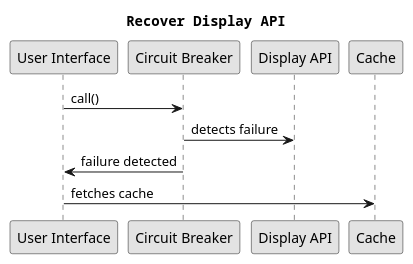
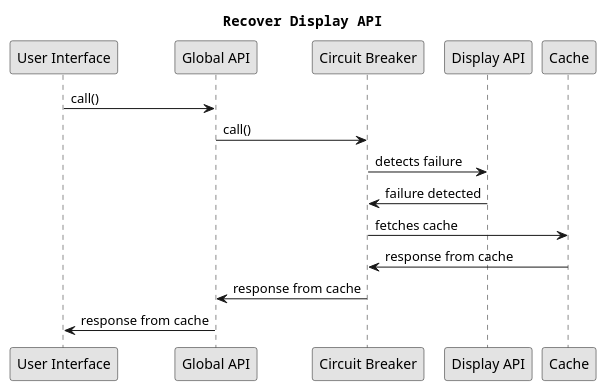
Diagram 28 of 28 in src/sa/model/index.md (USI-MSDE-SA-2023/sa--christelle00), drawn with PlantUML before and after one commit.

Commit message:
modify sequence diagramm

````diff
--- a/src/sa/model/index.md
+++ b/src/sa/model/index.md
@@ -1616,19 +1616,24 @@
 ```puml
 @startuml
 title Recover Display API
 
 participant "User Interface" as UI
+participant "Global API" as API
 participant "Circuit Breaker" as CB
 participant "Display API" as DAPI
 participant "Cache" as C
 
-UI -> CB: call()
+UI -> API: call()
+API -> CB: call()
 CB -> DAPI: detects failure
-CB -> UI: failure detected
-UI -> C: fetches cache
+DAPI -> CB: failure detected
+CB -> C: fetches cache
+C -> CB: response from cache
+CB -> API: response from cache
+API -> UI: response from cache
 
 skinparam monochrome true
 skinparam shadowing false
 skinparam defaultFontName Courier
 @enduml
 ```
````
